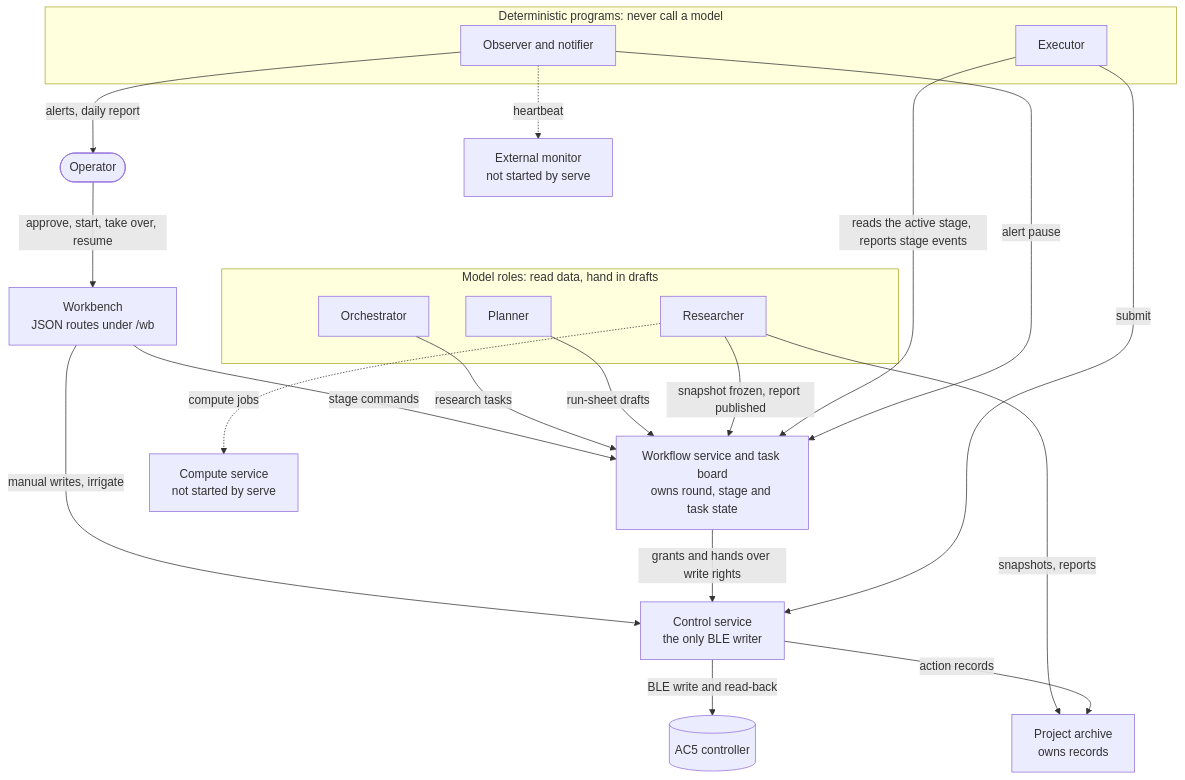
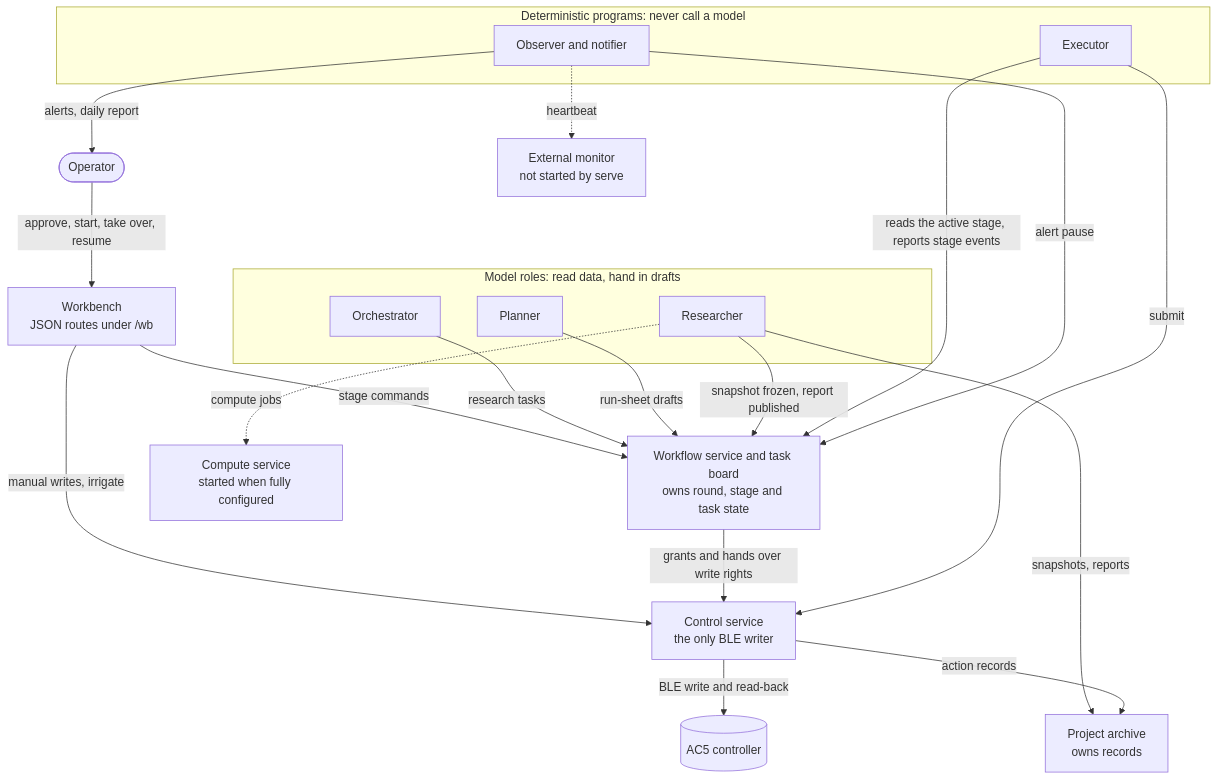
The diagram in docs/wiki/en/Architecture.md (kirinhcl/diagri), drawn with Mermaid before and after one commit. The commit also changed other lines of this file and 26 other files, not shown here.

````diff
--- a/docs/wiki/en/Architecture.md
+++ b/docs/wiki/en/Architecture.md
@@ -11,37 +11,37 @@
 ```mermaid
 flowchart TD
     OP(["Operator"])
     subgraph MODEL["Model roles: read data, hand in drafts"]
         ORC["Orchestrator"]
         PLN["Planner"]
         RES["Researcher"]
     end
     WB["Workbench<br/>JSON routes under /wb"]
     WF["Workflow service and task board<br/>owns round, stage and task state"]
     subgraph PROG["Deterministic programs: never call a model"]
         EXE["Executor"]
         OBS["Observer and notifier"]
     end
     CTL["Control service<br/>the only BLE writer"]
     ARC["Project archive<br/>owns records"]
     AC5[("AC5 controller")]
-    CMP["Compute service<br/>not started by serve"]
+    CMP["Compute service<br/>started when fully configured"]
     MON["External monitor<br/>not started by serve"]
 
     OP -->|"approve, start, take over, resume"| WB
     WB -->|"stage commands"| WF
     WB -->|"manual writes, irrigate"| CTL
     ORC -->|"research tasks"| WF
     PLN -->|"run-sheet drafts"| WF
     RES -->|"snapshot frozen, report published"| WF
     RES -->|"snapshots, reports"| ARC
     WF -->|"grants and hands over write rights"| CTL
     EXE -->|"reads the active stage, reports stage events"| WF
     EXE -->|"submit"| CTL
     OBS -->|"alert pause"| WF
     OBS -->|"alerts, daily report"| OP
     CTL -->|"BLE write and read-back"| AC5
     CTL -->|"action records"| ARC
     RES -.->|"compute jobs"| CMP
     OBS -.->|"heartbeat"| MON
 ```
````
